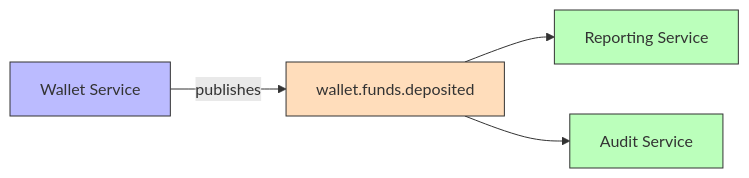
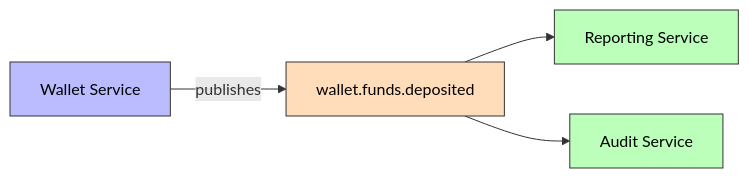
The first of 2 diagrams in docs/obsidian/03 - Domain Events/FundsDeposited.md (AlexAlvarezGallardo-GitHub/Aegis), drawn with Mermaid before and after one commit. The commit also changed 26 other files, not shown here.

Commit message:
docs(infra): add color to mermaid nodes for dark mode readability

````diff
--- a/docs/obsidian/03 - Domain Events/FundsDeposited.md
+++ b/docs/obsidian/03 - Domain Events/FundsDeposited.md
@@ -14,10 +14,10 @@
 ```mermaid
 graph LR
     Wallet[Wallet Service] -->|publishes| Topic[wallet.funds.deposited]
     Topic --> Report[Reporting Service]
     Topic --> Audit[Audit Service]
-    style Wallet fill:#bbf,stroke:#333
-    style Topic fill:#fdb,stroke:#333
-    style Report fill:#bfb,stroke:#333
-    style Audit fill:#bfb,stroke:#333
+    style Wallet fill:#bbf,stroke:#333,color:#000
+    style Topic fill:#fdb,stroke:#333,color:#000
+    style Report fill:#bfb,stroke:#333,color:#000
+    style Audit fill:#bfb,stroke:#333,color:#000
 ```
````
